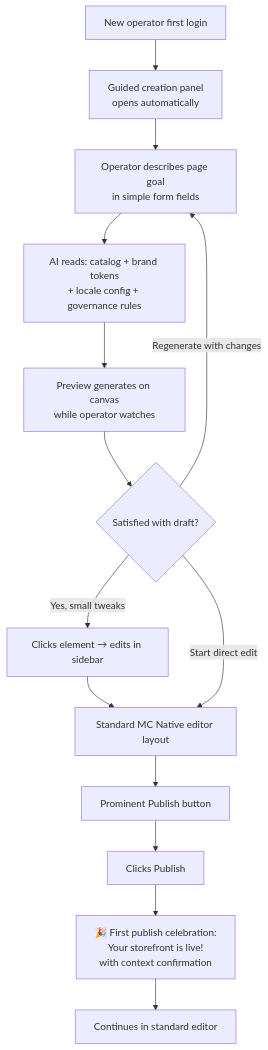
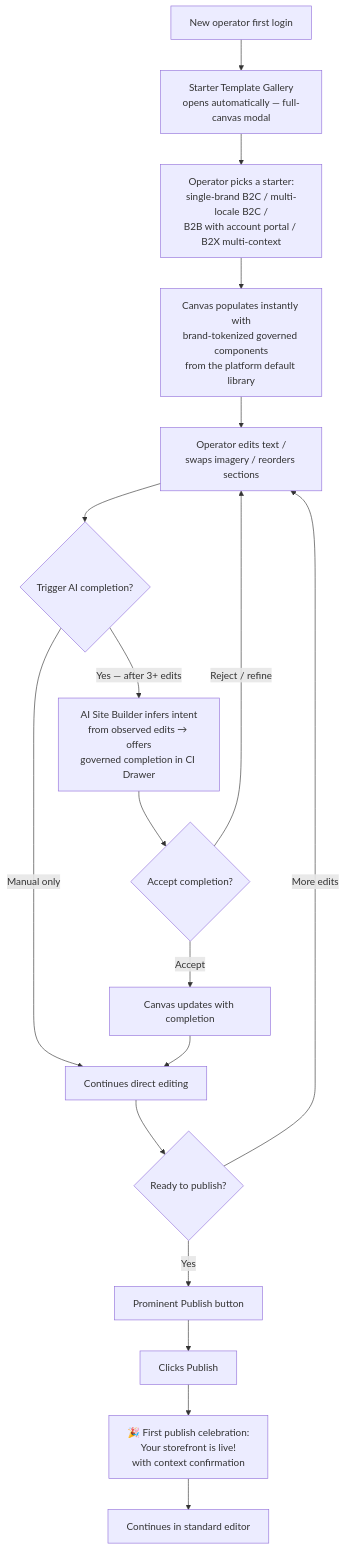
Before and after one commit to leandrobrando-dev/commerce-tools-research: the third of 3 diagrams in _bmad-output/planning-artifacts/ux-design-specification.md, drawn with Mermaid. The commit also changed other lines of this file and 3 other files, not shown here.

````diff
--- a/_bmad-output/planning-artifacts/ux-design-specification.md
+++ b/_bmad-output/planning-artifacts/ux-design-specification.md
@@ -513,16 +546,20 @@
 ```mermaid
 flowchart TD
-    A[New operator first login] --> B[Guided creation panel\nopens automatically]
-    B --> C[Operator describes page goal\nin simple form fields]
-    C --> D[AI reads: catalog + brand tokens\n+ locale config + governance rules]
-    D --> E[Preview generates on canvas\nwhile operator watches]
-    E --> F{Satisfied with draft?}
-    F -- Yes, small tweaks --> G[Clicks element → edits in sidebar]
-    G --> H[Standard MC Native editor layout]
-    H --> I[Prominent Publish button]
-    I --> J[Clicks Publish]
-    J --> K[🎉 First publish celebration:\nYour storefront is live!\nwith context confirmation]
-    K --> L[Continues in standard editor]
-    F -- Regenerate with changes --> C
-    F -- Start direct edit --> H
+    A[New operator first login] --> B[Starter Template Gallery\nopens automatically — full-canvas modal]
+    B --> C[Operator picks a starter:\nsingle-brand B2C / multi-locale B2C /\nB2B with account portal / B2X multi-context]
+    C --> D[Canvas populates instantly with\nbrand-tokenized governed components\nfrom the platform default library]
+    D --> E[Operator edits text /\nswaps imagery / reorders sections]
+    E --> F{Trigger AI completion?}
+    F -- Yes — after 3+ edits --> G[AI Site Builder infers intent\nfrom observed edits → offers\ngoverned completion in CI Drawer]
+    G --> H{Accept completion?}
+    H -- Accept --> I[Canvas updates with completion]
+    H -- Reject / refine --> E
+    F -- Manual only --> J[Continues direct editing]
+    I --> J
+    J --> K{Ready to publish?}
+    K -- Yes --> L[Prominent Publish button]
+    L --> M[Clicks Publish]
+    M --> N[🎉 First publish celebration:\nYour storefront is live!\nwith context confirmation]
+    N --> O[Continues in standard editor]
+    K -- More edits --> E
 ```
````
